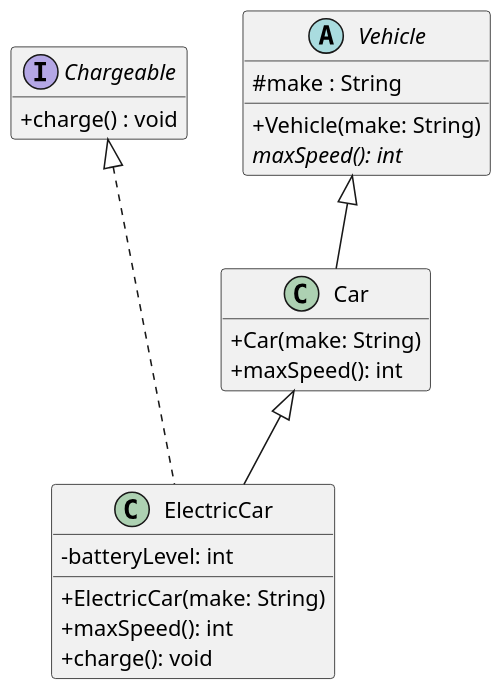
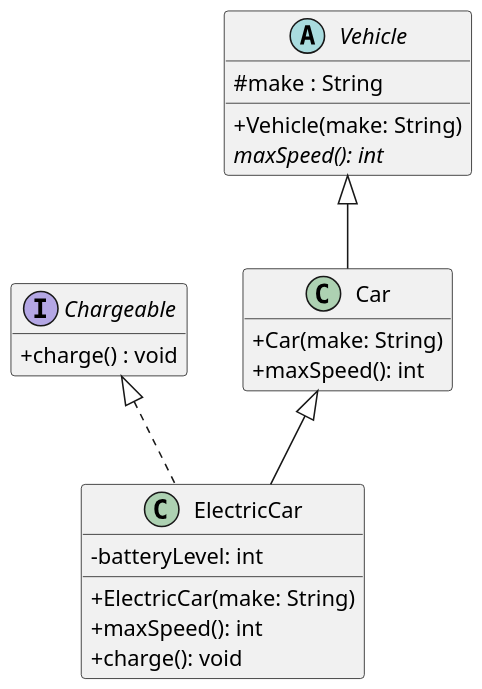
Before and after one commit to Changga6/207-course-notes: the diagram in plantuml/exercises/vehicles-uml-starter.puml, drawn with PlantUML.

Commit message:
'Week 3 Homework - Part 1'

```diff
--- a/plantuml/exercises/vehicles-uml-starter.puml
+++ b/plantuml/exercises/vehicles-uml-starter.puml
@@ -1,47 +1,47 @@
 @startuml
 skinparam dpi 150
 skinparam classAttributeIconSize 0
 hide empty members
 
 ' Your task (Chapter 3, Question 2): draw the UML class diagram for the
 ' Vehicle / Car / ElectricCar / Chargeable code.
 '
 ' Define each type as a box, then connect them with the right arrows. One box
 ' (Chargeable) is filled in as an example — complete the other three and add the
 ' relationships.
 '
 ' PlantUML cheat-sheet:
 '   interface Name { + method() : Type }
 '   abstract class Name { # field : Type }
 '   class Name { - field : Type }
 '   Parent    <|-- Child    ' generalization: Child extends Parent
 '   Interface <|.. Class    ' realization:    Class implements Interface
 ' (Putting the parent/interface on the LEFT of the arrow keeps it on top.)
 
 interface Chargeable {
   + charge() : void
 }
 
 abstract class Vehicle {
   # make : String
   + Vehicle(make: String)
   {abstract} maxSpeed(): int
 }
 
 class Car {
   + Car(make: String)
   + maxSpeed(): int
 }
 
 class ElectricCar {
   - batteryLevel: int
   + ElectricCar(make: String)
   + maxSpeed(): int
   + charge(): void
 }
 
 Vehicle <|-- Car
 Car <|-- ElectricCar
-Chargeable <|... ElectricCar
+Chargeable <|.. ElectricCar
 
 @enduml
```
